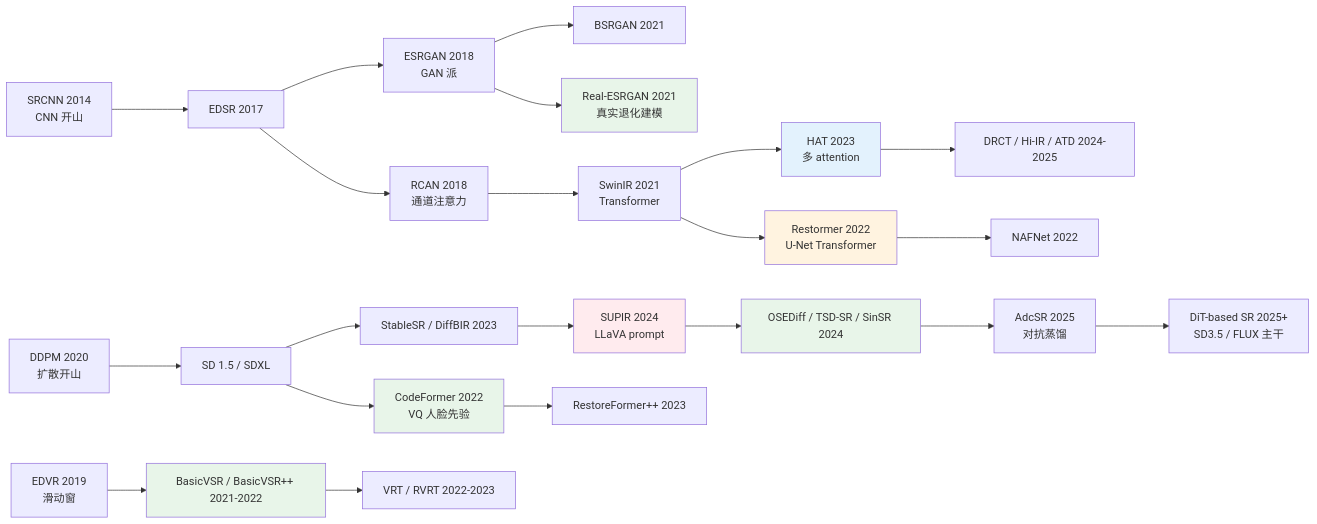
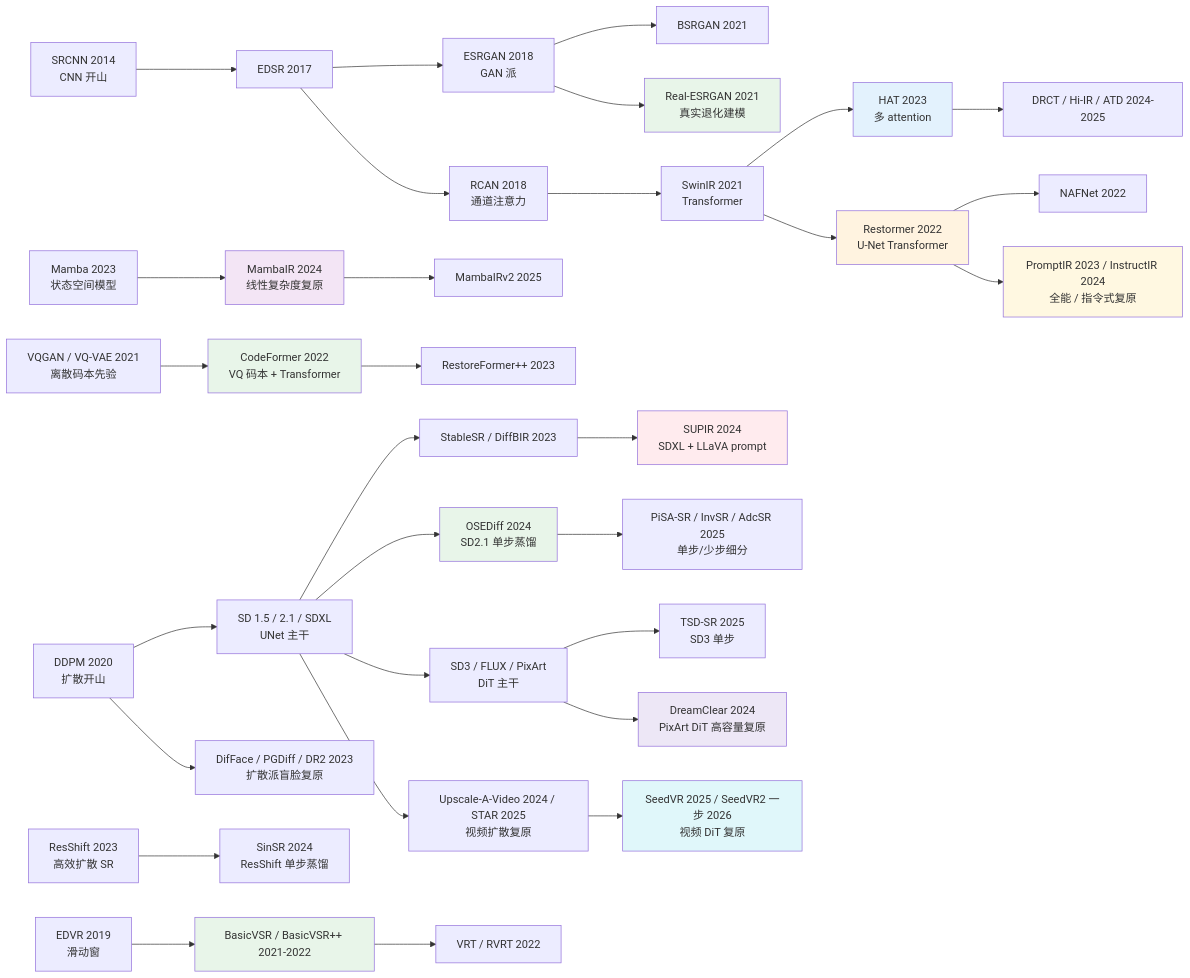
The third of 3 diagrams in chapters/18-sota.md (yingwang/image-enhancement-guide), drawn with Mermaid before and after one commit. The commit also changed other lines of this file and 18 other files, not shown here.

````diff
--- a/chapters/18-sota.md
+++ b/chapters/18-sota.md
@@ -721,34 +818,48 @@
 ```mermaid
 graph LR
     SRCNN[SRCNN 2014<br/>CNN 开山] --> EDSR[EDSR 2017]
     EDSR --> ESRGAN[ESRGAN 2018<br/>GAN 派]
     ESRGAN --> BSR[BSRGAN 2021]
     ESRGAN --> RESR[Real-ESRGAN 2021<br/>真实退化建模]
     EDSR --> RCAN[RCAN 2018<br/>通道注意力]
     RCAN --> SwinIR[SwinIR 2021<br/>Transformer]
     SwinIR --> HAT[HAT 2023<br/>多 attention]
     HAT --> DRCT[DRCT / Hi-IR / ATD 2024-2025]
     SwinIR --> Restormer[Restormer 2022<br/>U-Net Transformer]
     Restormer --> NAF[NAFNet 2022]
+    Restormer --> AIO[PromptIR 2023 / InstructIR 2024<br/>全能 / 指令式复原]
 
-    DDPM[DDPM 2020<br/>扩散开山] --> SD[SD 1.5 / SDXL]
-    SD --> StableSR[StableSR / DiffBIR 2023]
-    StableSR --> SUPIR[SUPIR 2024<br/>LLaVA prompt]
-    SUPIR --> OSE[OSEDiff / TSD-SR / SinSR 2024]
-    OSE --> AdcSR[AdcSR 2025<br/>对抗蒸馏]
-    AdcSR --> DiT[DiT-based SR 2025+<br/>SD3.5 / FLUX 主干]
+    Mamba[Mamba 2023<br/>状态空间模型] --> MambaIR[MambaIR 2024<br/>线性复杂度复原]
+    MambaIR --> MambaIR2[MambaIRv2 2025]
 
-    SD --> Code[CodeFormer 2022<br/>VQ 人脸先验]
+    VQGAN[VQGAN / VQ-VAE 2021<br/>离散码本先验] --> Code[CodeFormer 2022<br/>VQ 码本 + Transformer]
     Code --> RestoreFmr[RestoreFormer++ 2023]
 
+    DDPM[DDPM 2020<br/>扩散开山] --> SD[SD 1.5 / 2.1 / SDXL<br/>UNet 主干]
+    SD --> StableSR[StableSR / DiffBIR 2023]
+    StableSR --> SUPIR[SUPIR 2024<br/>SDXL + LLaVA prompt]
+    SD --> OSE[OSEDiff 2024<br/>SD2.1 单步蒸馏]
+    ResShift[ResShift 2023<br/>高效扩散 SR] --> SinSR[SinSR 2024<br/>ResShift 单步蒸馏]
+    OSE --> PiSA[PiSA-SR / InvSR / AdcSR 2025<br/>单步/少步细分]
+    SD --> DiT0[SD3 / FLUX / PixArt<br/>DiT 主干]
+    DiT0 --> TSD[TSD-SR 2025<br/>SD3 单步]
+    DiT0 --> Dream[DreamClear 2024<br/>PixArt DiT 高容量复原]
+    DDPM --> DiffFace[DifFace / PGDiff / DR2 2023<br/>扩散派盲脸复原]
+
     EDVR[EDVR 2019<br/>滑动窗] --> BVP[BasicVSR / BasicVSR++ 2021-2022]
-    BVP --> VRT[VRT / RVRT 2022-2023]
+    BVP --> VRT[VRT / RVRT 2022]
+    SD --> UAV[Upscale-A-Video 2024 / STAR 2025<br/>视频扩散复原]
+    UAV --> Seed[SeedVR 2025 / SeedVR2 一步 2026<br/>视频 DiT 复原]
 
     style RESR fill:#e8f5e9
     style HAT fill:#e3f2fd
     style Restormer fill:#fff3e0
     style SUPIR fill:#ffebee
     style OSE fill:#e8f5e9
     style Code fill:#e8f5e9
     style BVP fill:#e8f5e9
+    style MambaIR fill:#f3e5f5
+    style Dream fill:#ede7f6
+    style Seed fill:#e0f7fa
+    style AIO fill:#fff8e1
 ```
````
